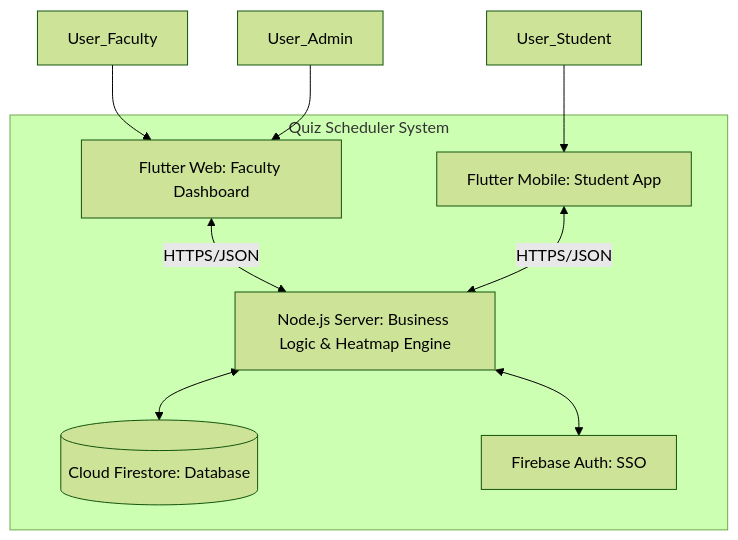
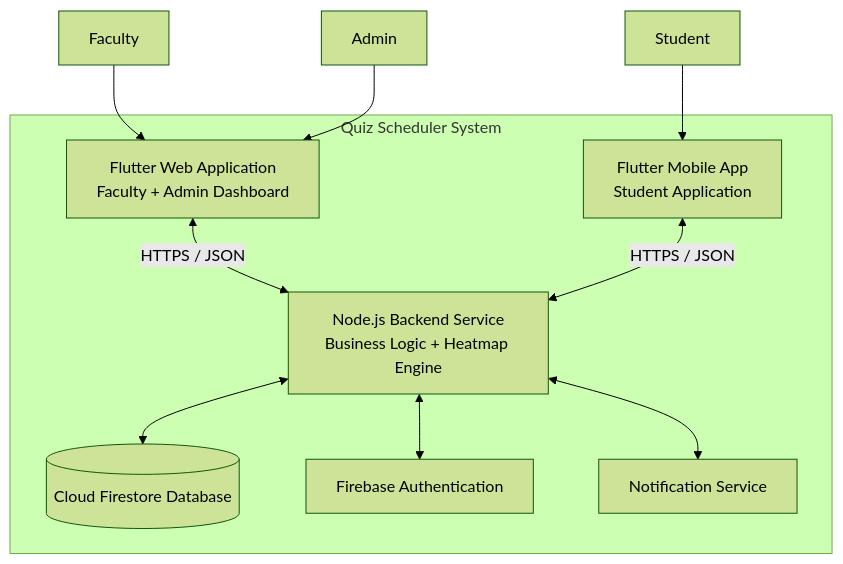
One commit to csf314-2026/docs_BROCODE-RS changed the second of 4 diagrams in tech-stack.md. Above: the diagram before and after it, drawn with Mermaid (forest theme). The commit also changed other lines of this file, not shown here.

````diff
--- a/tech-stack.md
+++ b/tech-stack.md
@@ -28,17 +52,25 @@
 ```mermaid
 graph TB
+
     subgraph "Quiz Scheduler System"
-        Web[Flutter Web: Faculty Dashboard]
-        App[Flutter Mobile: Student App]
-        API[Node.js Server: Business Logic & Heatmap Engine]
-        DB[(Cloud Firestore: Database)]
-        Auth[Firebase Auth: SSO]
+
+        Web[Flutter Web Application<br/>Faculty + Admin Dashboard]
+        Mobile[Flutter Mobile App<br/>Student Application]
+        API[Node.js Backend Service<br/>Business Logic + Heatmap Engine]
+        DB[(Cloud Firestore Database)]
+        Auth[Firebase Authentication]
+        Notify[Notification Service]
+
     end
 
-    User_Faculty --> Web
-    User_Student --> App
-    User_Admin --> Web
-    Web & App <-->|HTTPS/JSON| API
+    Faculty --> Web
+    Admin --> Web
+    Student --> Mobile
+
+    Web <-->|HTTPS / JSON| API
+    Mobile <-->|HTTPS / JSON| API
+
     API <--> DB
     API <--> Auth
-```    
+    API <--> Notify
+```
````
